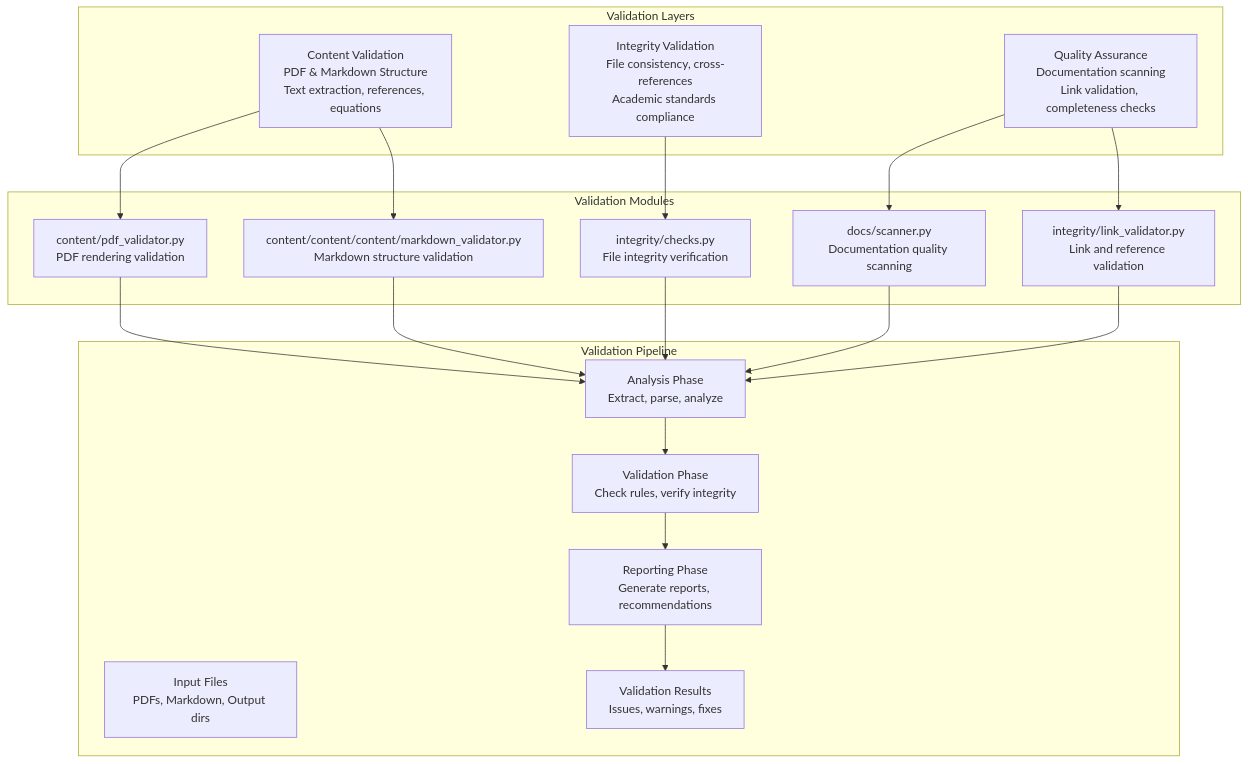
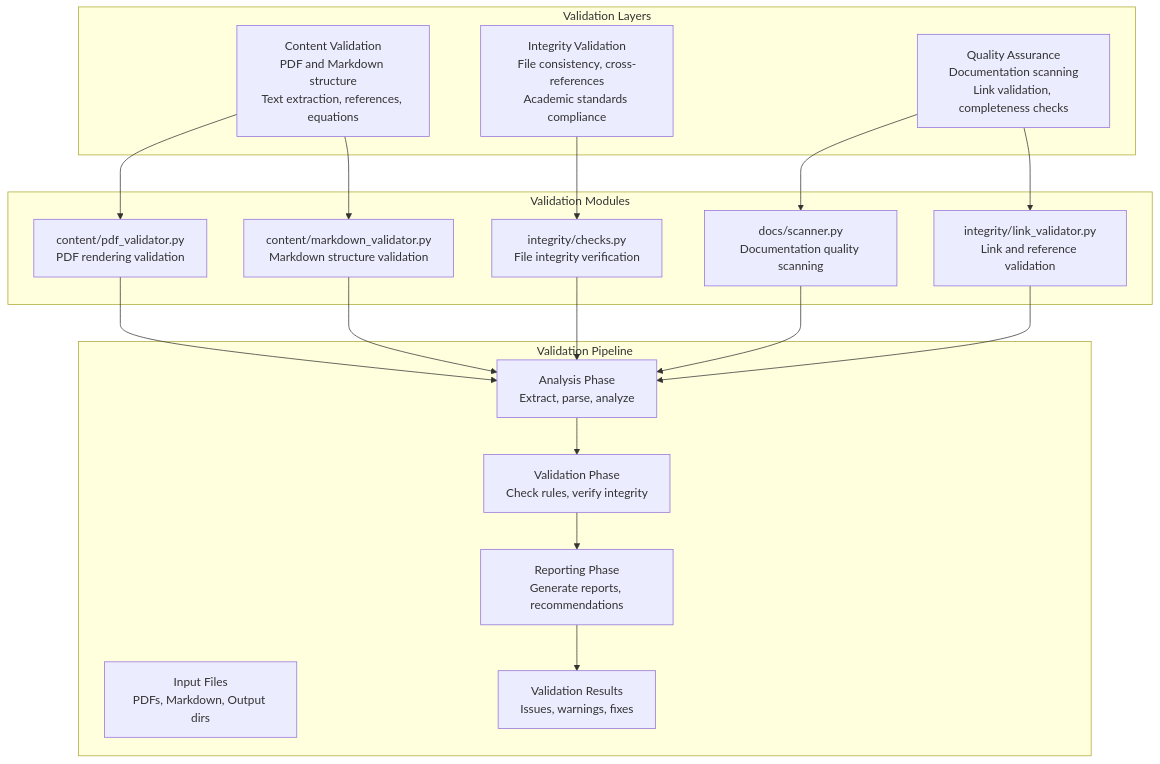
One commit to docxology/template changed the first of 4 diagrams in infrastructure/validation/README.md. Above: the diagram before and after it, drawn with Mermaid. The commit also changed other lines of this file and 164 other files, not shown here.

````diff
--- a/infrastructure/validation/README.md
+++ b/infrastructure/validation/README.md
@@ -7,44 +7,44 @@
 ```mermaid
 graph TD
     subgraph ValidationLayers["Validation Layers"]
-        CONTENT[Content Validation<br/>PDF & Markdown Structure<br/>Text extraction, references, equations]
+        CONTENT["Content Validation<br/>PDF and Markdown structure<br/>Text extraction, references, equations"]
         INTEGRITY[Integrity Validation<br/>File consistency, cross-references<br/>Academic standards compliance]
         QUALITY[Quality Assurance<br/>Documentation scanning<br/>Link validation, completeness checks]
     end
 
     subgraph ValidationModules["Validation Modules"]
         PDF_VAL[content/pdf_validator.py<br/>PDF rendering validation]
-        MD_VAL[content/content/content/markdown_validator.py<br/>Markdown structure validation]
+        MD_VAL["content/markdown_validator.py<br/>Markdown structure validation"]
         INTEGRITY_MOD[integrity/checks.py<br/>File integrity verification]
         DOC_SCAN[docs/scanner.py<br/>Documentation quality scanning]
         LINK_VAL[integrity/link_validator.py<br/>Link and reference validation]
     end
 
     subgraph ValidationPipeline["Validation Pipeline"]
         INPUT[Input Files<br/>PDFs, Markdown, Output dirs]
         ANALYSIS[Analysis Phase<br/>Extract, parse, analyze]
         VALIDATION[Validation Phase<br/>Check rules, verify integrity]
         REPORTING[Reporting Phase<br/>Generate reports, recommendations]
         OUTPUT[Validation Results<br/>Issues, warnings, fixes]
     end
 
     CONTENT --> PDF_VAL
     CONTENT --> MD_VAL
     INTEGRITY --> INTEGRITY_MOD
     QUALITY --> DOC_SCAN
     QUALITY --> LINK_VAL
 
     PDF_VAL --> ANALYSIS
     MD_VAL --> ANALYSIS
     INTEGRITY_MOD --> ANALYSIS
     DOC_SCAN --> ANALYSIS
     LINK_VAL --> ANALYSIS
 
     ANALYSIS --> VALIDATION
     VALIDATION --> REPORTING
     REPORTING --> OUTPUT
 
     class ValidationLayers layers
     class ValidationModules modules
     class ValidationPipeline pipeline
 ```
````
